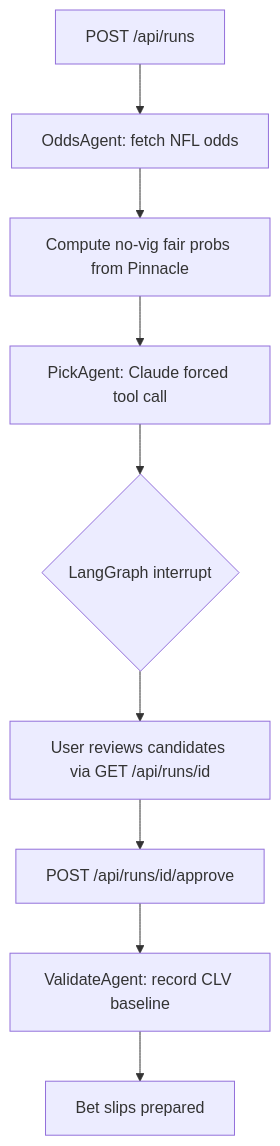
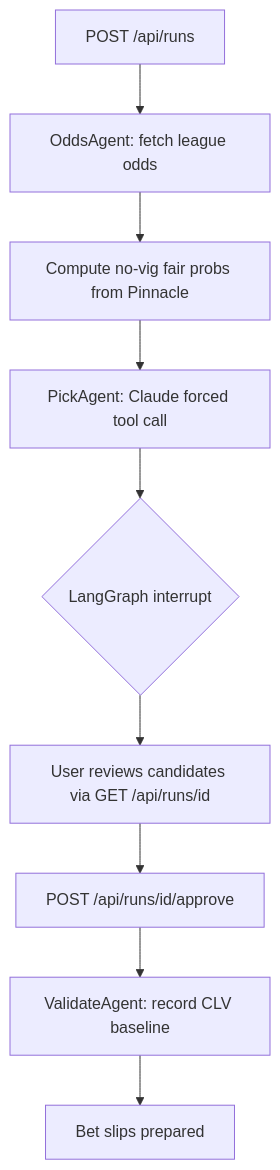
The diagram in README.md (coreystevensdev/fairline), drawn with Mermaid before and after one commit. The commit also changed other lines of this file and 16 other files, not shown here.

````diff
--- a/README.md
+++ b/README.md
@@ -21,11 +21,11 @@
 ```mermaid
 flowchart TD
-    A[POST /api/runs] --> B[OddsAgent: fetch NFL odds]
+    A[POST /api/runs] --> B[OddsAgent: fetch league odds]
     B --> C[Compute no-vig fair probs from Pinnacle]
     C --> D[PickAgent: Claude forced tool call]
     D --> E{LangGraph interrupt}
     E --> F[User reviews candidates via GET /api/runs/id]
     F --> G[POST /api/runs/id/approve]
     G --> H[ValidateAgent: record CLV baseline]
     H --> I[Bet slips prepared]
 ```
````
